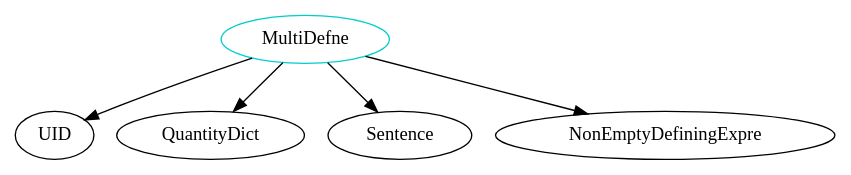
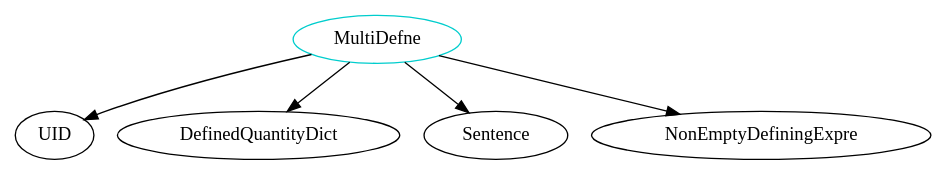
One commit to JacquesCarette/Drasil changed the diagram in analysis/TypeDependencyGraphs/theory/MultiDefne.dot. Above: the diagram before and after it, drawn with Graphviz. The commit also changed 815 other files, not shown here.

```diff
--- a/analysis/TypeDependencyGraphs/theory/MultiDefne.dot
+++ b/analysis/TypeDependencyGraphs/theory/MultiDefne.dot
@@ -1,7 +1,7 @@
 digraph multidefne{
 MultiDefne	[shape=oval, color=cyan3, label="MultiDefne"];
 MultiDefne -> UID;
-MultiDefne -> QuantityDict;
+MultiDefne -> DefinedQuantityDict;
 MultiDefne -> Sentence;
 MultiDefne -> NonEmptyDefiningExpre;
 }
```
